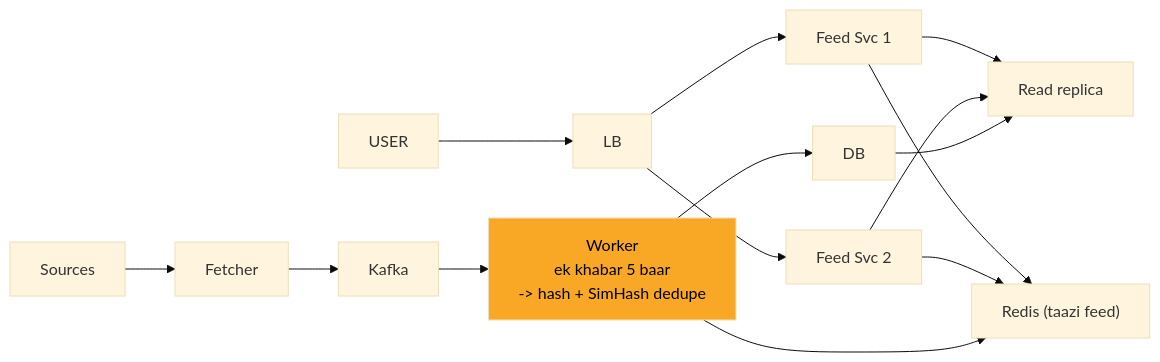
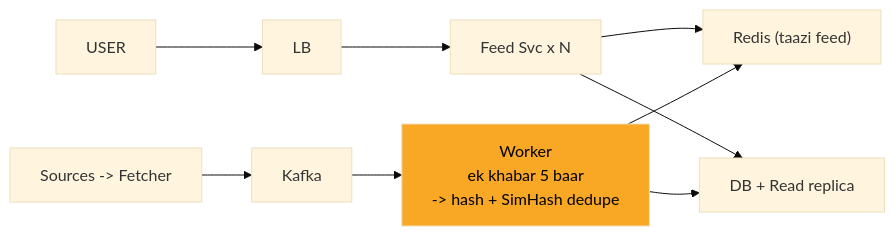
The fifth of 11 diagrams in 04_HLD/SYSTEM_DESIGNS/08_news_aggregator/08_news_aggregator_INTERVIEW.md (ArpanMaheshwari144/Prep), drawn with Mermaid (base theme) before and after one commit. The commit also changed other lines of this file and 11 other files, not shown here.

Commit message:
hld: card diagrams max 8 boxes (App x N, merged stores/chains; full diagram only in AAKHRI DABBA)

````diff
--- a/04_HLD/SYSTEM_DESIGNS/08_news_aggregator/08_news_aggregator_INTERVIEW.md
+++ b/04_HLD/SYSTEM_DESIGNS/08_news_aggregator/08_news_aggregator_INTERVIEW.md
@@ -192,28 +184,20 @@
 ```mermaid
 flowchart LR
     n_USER["USER"]
     n_LB["LB"]
-    n_Feed_Svc_x_N_1["Feed Svc 1"]
-    n_Feed_Svc_x_N_2["Feed Svc 2"]
+    n_Feed_Svc_xN["Feed Svc x N"]
     n_Redis["Redis (taazi feed)"]
-    n_Read_replica["Read replica"]
-    n_DB["DB"]
+    n_DBR["DB + Read replica"]
     n_Worker["Worker<br/>ek khabar 5 baar<br/>-> hash + SimHash dedupe"]
     n_Kafka["Kafka"]
-    n_Fetcher["Fetcher"]
-    n_Sources["Sources"]
+    n_SF["Sources -> Fetcher"]
     n_USER --> n_LB
-    n_LB --> n_Feed_Svc_x_N_1
-    n_LB --> n_Feed_Svc_x_N_2
-    n_Feed_Svc_x_N_1 --> n_Redis
-    n_Feed_Svc_x_N_2 --> n_Redis
-    n_Feed_Svc_x_N_1 --> n_Read_replica
-    n_Feed_Svc_x_N_2 --> n_Read_replica
-    n_DB --> n_Read_replica
-    n_Worker --> n_DB
+    n_LB --> n_Feed_Svc_xN
+    n_Feed_Svc_xN --> n_Redis
+    n_Feed_Svc_xN --> n_DBR
+    n_Worker --> n_DBR
     n_Worker --> n_Redis
     n_Kafka --> n_Worker
-    n_Fetcher --> n_Kafka
-    n_Sources --> n_Fetcher
+    n_SF --> n_Kafka
     style n_Worker fill:#f9a825,color:#000
 ```
````
